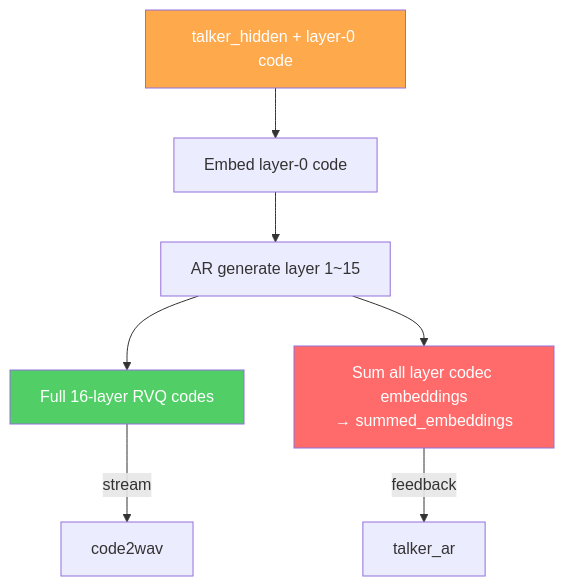
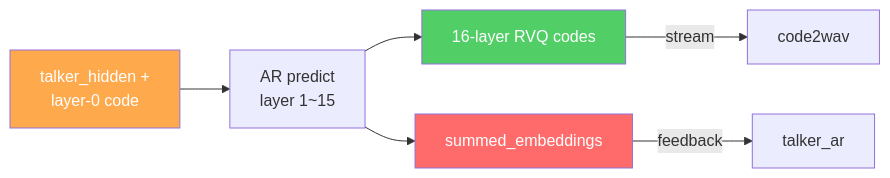
Diagram 28 of 33 in sglang/sglang-omni/README.md (zhaochenyang20/Awesome-ML-SYS-Tutorial), drawn with Mermaid before and after one commit. The commit also changed other lines of this file, not shown here.

First line of the commit message:
style: flatten all diagrams to avoid subgraph overlap issues

````diff
--- a/sglang/sglang-omni/README.md
+++ b/sglang/sglang-omni/README.md
@@ -1150,15 +988,11 @@
 ```mermaid
-graph TB
-    Input["talker_hidden + layer-0 code"]
-    Input --> Embed["Embed layer-0 code"]
-    Embed --> AR["AR generate layer 1~15"]
-    AR --> Codes["Full 16-layer RVQ codes"]
-    AR --> Sum["Sum all layer codec embeddings<br/>→ summed_embeddings"]
-
+graph LR
+    Input["talker_hidden +<br/>layer-0 code"] --> AR["AR predict<br/>layer 1~15"] --> Codes["16-layer RVQ codes"]
+    AR --> Sum["summed_embeddings"]
     Codes --> |"stream"| C2W["code2wav"]
     Sum --> |"feedback"| Talker["talker_ar"]
 
     style Input fill:#ffa94d,color:#fff
     style Codes fill:#51cf66,color:#fff
     style Sum fill:#ff6b6b,color:#fff
 ```
````
